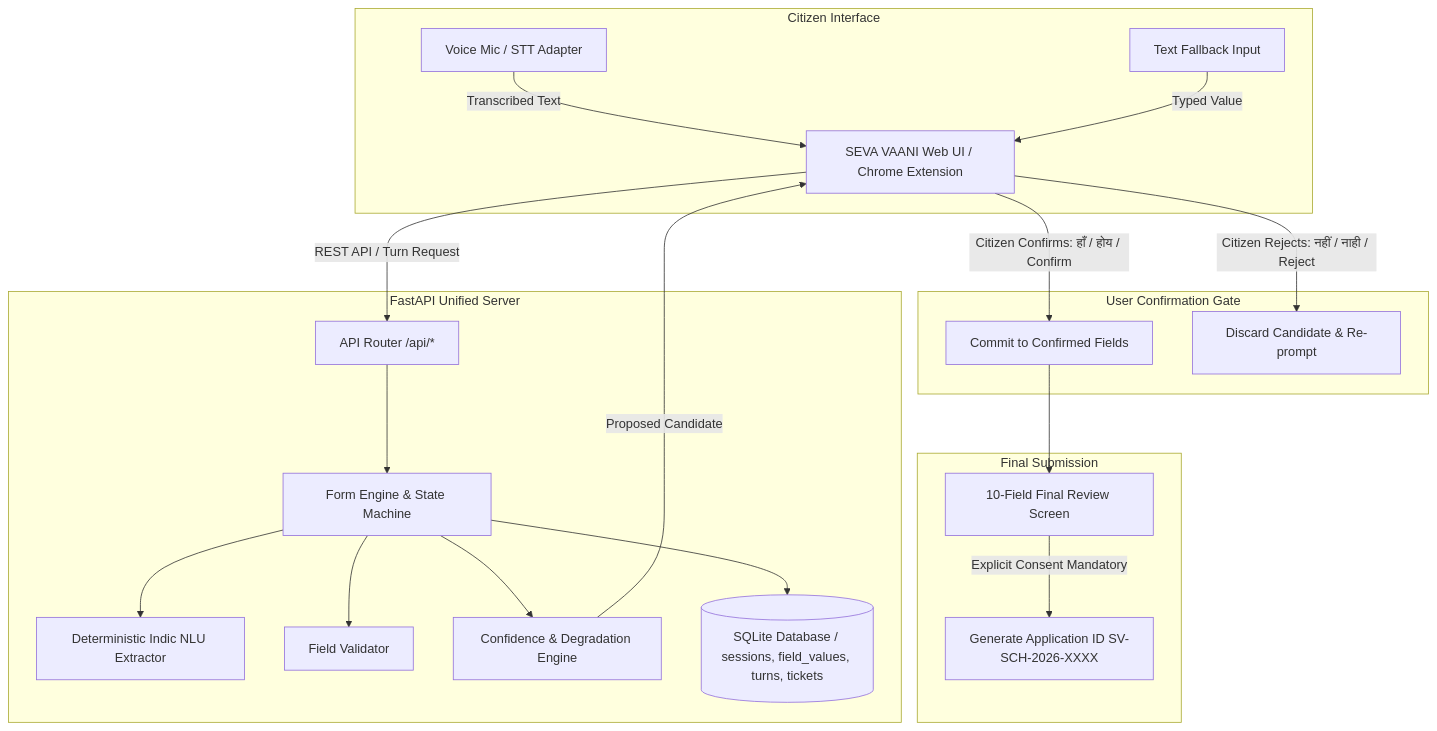
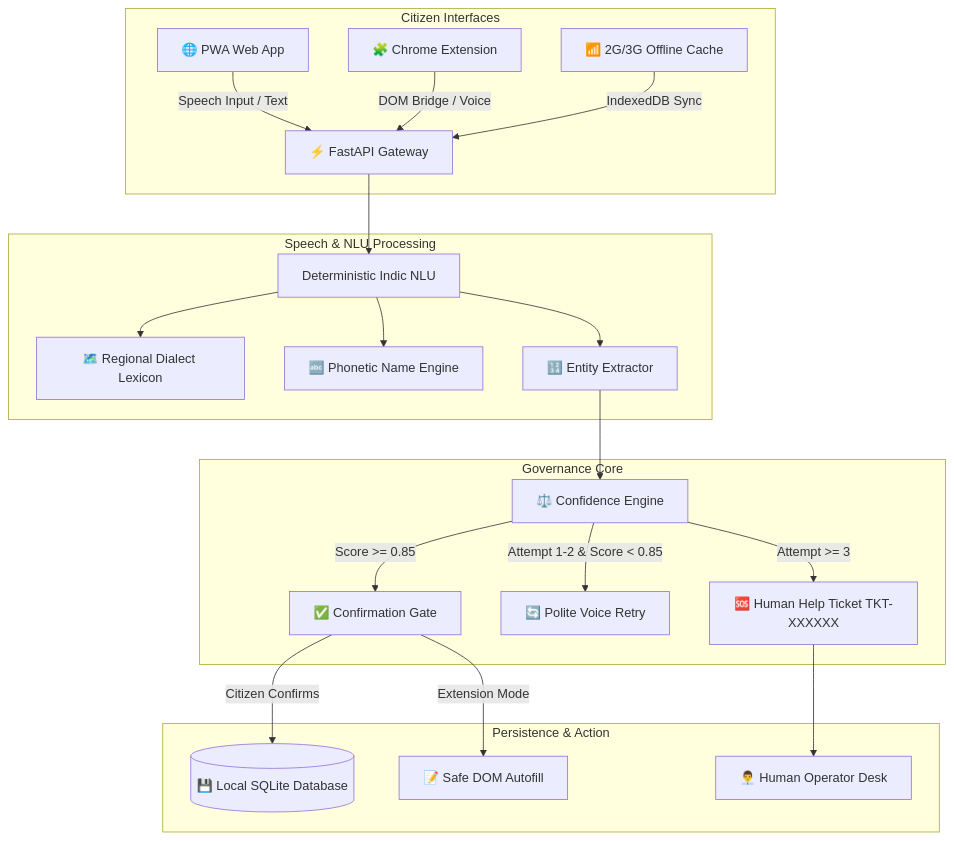
One commit to Vivek-2004V/SevaVaani changed the diagram in README.md. Above: the diagram before and after it, drawn with Mermaid. The commit also changed other lines of this file, not shown here.

Commit message:
docs: expand README.md with comprehensive project overview, AI architecture, setup, and benchmarks

````diff
--- a/README.md
+++ b/README.md
@@ -27,27 +123,28 @@
 ```mermaid
 graph TD
-    subgraph Citizen Interface
-        A1[Voice Mic / STT Adapter] -->|Transcribed Text| UI[SEVA VAANI Web UI / Chrome Extension]
-        A2[Text Fallback Input] -->|Typed Value| UI
+    subgraph Citizen Interfaces
+        A1[🌐 PWA Web App] -->|Speech Input / Text| GW[⚡ FastAPI Gateway]
+        A2[🧩 Chrome Extension] -->|DOM Bridge / Voice| GW
+        A3[📶 2G/3G Offline Cache] -->|IndexedDB Sync| GW
     end
 
-    subgraph Backend Core Engine [FastAPI Unified Server]
-        UI -->|REST API / Turn Request| Router[API Router /api/*]
-        Router --> Engine[Form Engine & State Machine]
-        Engine --> Extractor[Deterministic Indic NLU Extractor]
-        Engine --> Validator[Field Validator]
-        Engine --> Confidence[Confidence & Degradation Engine]
-        Engine --> DB[(SQLite Database / sessions, field_values, turns, tickets)]
+    subgraph Speech & NLU Processing
+        GW --> NLU[Deterministic Indic NLU]
+        NLU --> LEX[🗺️ Regional Dialect Lexicon]
+        NLU --> PHON[🔤 Phonetic Name Engine]
+        NLU --> EXT[🔢 Entity Extractor]
     end
 
-    subgraph User Confirmation Gate
-        Confidence -->|Proposed Candidate| UI
-        UI -->|Citizen Confirms: हाँ / होय / Confirm| Commit[Commit to Confirmed Fields]
-        UI -->|Citizen Rejects: नहीं / नाही / Reject| Discard[Discard Candidate & Re-prompt]
+    subgraph Governance Core
+        EXT --> CONF[⚖️ Confidence Engine]
+        CONF -->|Score >= 0.85| GATE[✅ Confirmation Gate]
+        CONF -->|Attempt 1-2 & Score < 0.85| RETRY[🔄 Polite Voice Retry]
+        CONF -->|Attempt >= 3| TICKET[🆘 Human Help Ticket TKT-XXXXXX]
     end
 
-    subgraph Final Submission
-        Commit --> Review[10-Field Final Review Screen]
-        Review -->|Explicit Consent Mandatory| Submission[Generate Application ID SV-SCH-2026-XXXX]
+    subgraph Persistence & Action
+        GATE -->|Citizen Confirms| DB[(💾 Local SQLite Database)]
+        GATE -->|Extension Mode| DOM[📝 Safe DOM Autofill]
+        TICKET --> OPERATOR[👨‍💼 Human Operator Desk]
     end
 ```
````
